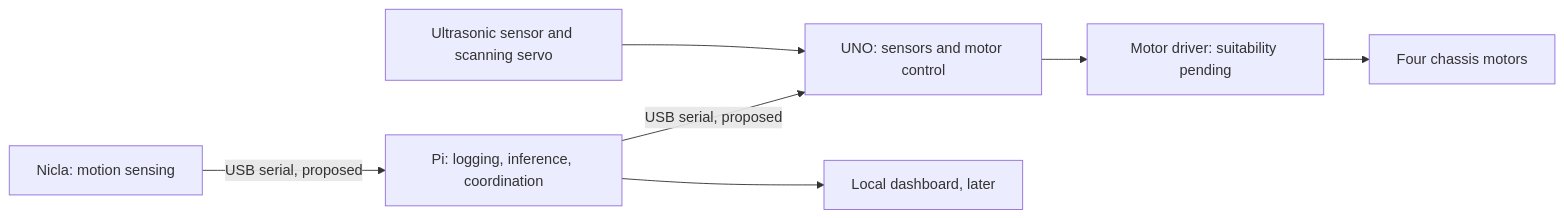
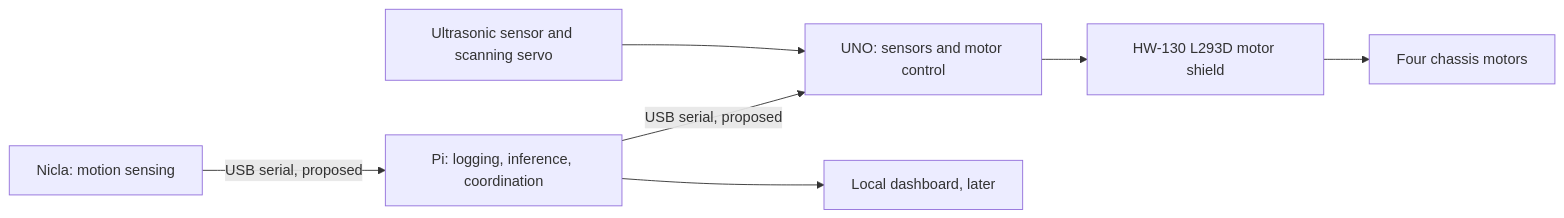
The diagram in README.md (SoheilSamadi-dev/RobotCar-EdgeAI), drawn with Mermaid before and after one commit. The commit also changed other lines of this file and 9 other files, not shown here.

````diff
--- a/README.md
+++ b/README.md
@@ -23,9 +27,9 @@
 ```mermaid
 flowchart LR
     N[Nicla: motion sensing] -->|USB serial, proposed| P[Pi: logging, inference, coordination]
     P -->|USB serial, proposed| U[UNO: sensors and motor control]
     S[Ultrasonic sensor and scanning servo] --> U
-    U --> D[Motor driver: suitability pending]
+    U --> D[HW-130 L293D motor shield]
     D --> M[Four chassis motors]
     P --> V[Local dashboard, later]
 ```
````
